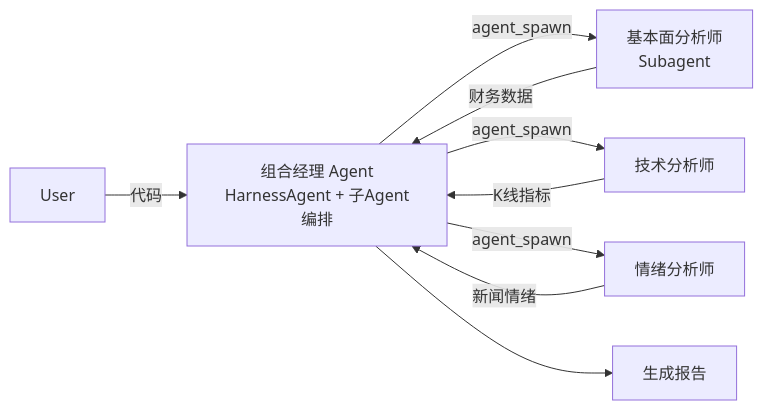
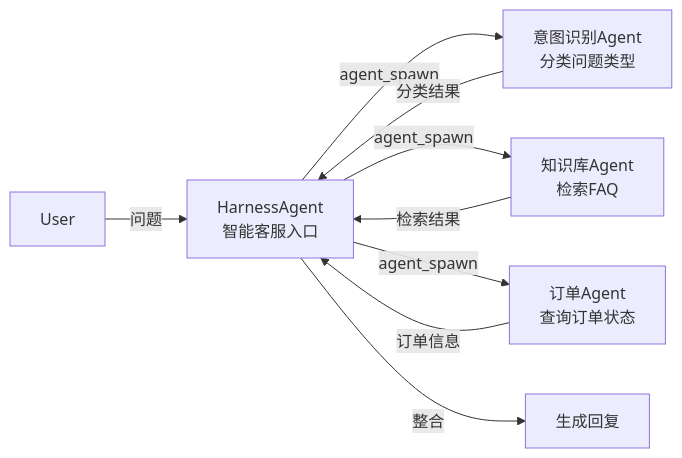
Before and after one commit to latcn/developer-knowledge: the third of 4 diagrams in ai/AgentScope 专家级技术文档.md, drawn with Mermaid. The commit also changed other lines of this file, not shown here.

Commit message:
AgentScope

````diff
--- a/ai/AgentScope 专家级技术文档.md
+++ b/ai/AgentScope 专家级技术文档.md
@@ -540,11 +658,11 @@
 ```mermaid
 graph LR
-    User -->|代码| Manager[组合经理 Agent<br/>HarnessAgent + 子Agent编排]
-    Manager -->|agent_spawn| Fundamental[基本面分析师<br/>Subagent]
-    Manager -->|agent_spawn| Technical[技术分析师]
-    Manager -->|agent_spawn| Sentiment[情绪分析师]
-    Fundamental -->|财务数据| Manager
-    Technical -->|K线指标| Manager
-    Sentiment -->|新闻情绪| Manager
-    Manager --> Report[生成报告]
+    User -->|问题| AgentA[HarnessAgent<br/>智能客服入口]
+    AgentA -->|agent_spawn| AgentB[意图识别Agent<br/>分类问题类型]
+    AgentA -->|agent_spawn| AgentC[知识库Agent<br/>检索FAQ]
+    AgentA -->|agent_spawn| AgentD[订单Agent<br/>查询订单状态]
+    AgentB -->|分类结果| AgentA
+    AgentC -->|检索结果| AgentA
+    AgentD -->|订单信息| AgentA
+    AgentA -->|整合| Response[生成回复]
 ```
````
